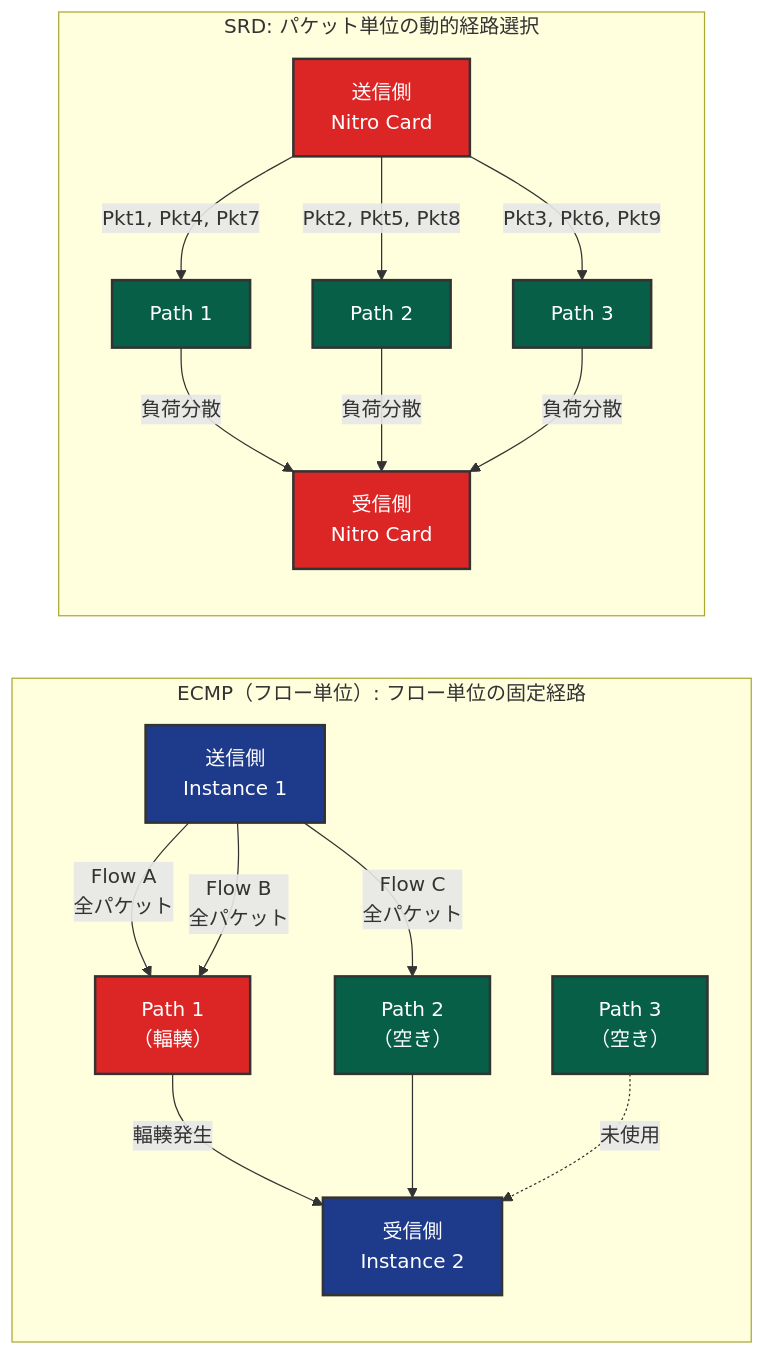
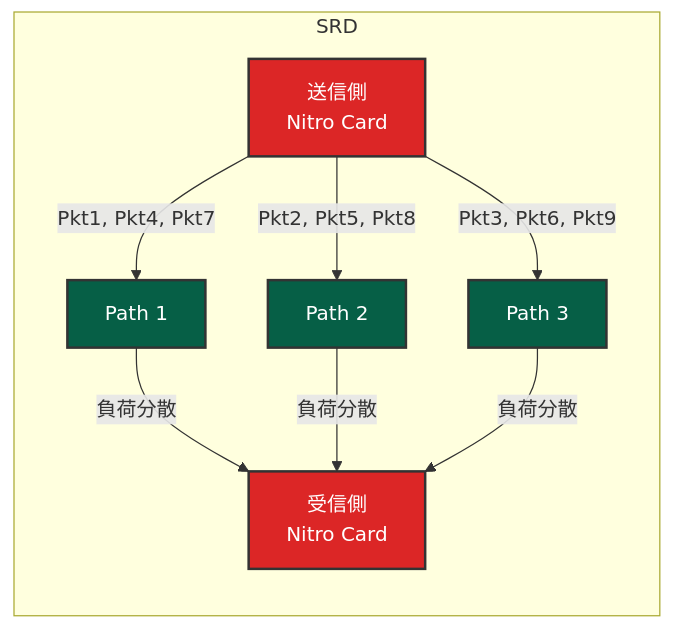
The third of 11 diagrams in articles/0eeb53ca63f8b2.md (littlemex/zenn), drawn with Mermaid before and after one commit. The commit also changed other lines of this file, not shown here.

````diff
--- a/articles/0eeb53ca63f8b2.md
+++ b/articles/0eeb53ca63f8b2.md
@@ -346,44 +359,23 @@
 ```mermaid
 graph LR
-    subgraph "ECMP（フロー単位）: フロー単位の固定経路"
-        E_SRC["送信側<br/>Instance 1"]
-        E_P1["Path 1<br/>（輻輳）"]
-        E_P2["Path 2<br/>（空き）"]
-        E_P3["Path 3<br/>（空き）"]
-        E_DST["受信側<br/>Instance 2"]
-
-        E_SRC -->|"Flow A<br/>全パケット"| E_P1
-        E_SRC -->|"Flow B<br/>全パケット"| E_P1
-        E_SRC -->|"Flow C<br/>全パケット"| E_P2
-        E_P1 -->|"輻輳発生"| E_DST
-        E_P2 --> E_DST
-        E_P3 -.->|"未使用"| E_DST
-
-        style E_SRC fill: #1e3a8a,stroke: #333,stroke-width:2px,color: #fff
-        style E_P1 fill: #dc2626,stroke: #333,stroke-width:2px,color: #fff
-        style E_P2 fill: #065f46,stroke: #333,stroke-width:2px,color: #fff
-        style E_P3 fill: #065f46,stroke: #333,stroke-width:2px,color: #fff
-        style E_DST fill: #1e3a8a,stroke: #333,stroke-width:2px,color: #fff
-    end
-
-    subgraph "SRD: パケット単位の動的経路選択"
+    subgraph "SRD"
         S_SRC["送信側<br/>Nitro Card"]
         S_P1["Path 1"]
         S_P2["Path 2"]
         S_P3["Path 3"]
         S_DST["受信側<br/>Nitro Card"]
 
         S_SRC -->|"Pkt1, Pkt4, Pkt7"| S_P1
         S_SRC -->|"Pkt2, Pkt5, Pkt8"| S_P2
         S_SRC -->|"Pkt3, Pkt6, Pkt9"| S_P3
         S_P1 -->|"負荷分散"| S_DST
         S_P2 -->|"負荷分散"| S_DST
         S_P3 -->|"負荷分散"| S_DST
 
         style S_SRC fill: #dc2626,stroke: #333,stroke-width:2px,color: #fff
         style S_P1 fill: #065f46,stroke: #333,stroke-width:2px,color: #fff
         style S_P2 fill: #065f46,stroke: #333,stroke-width:2px,color: #fff
         style S_P3 fill: #065f46,stroke: #333,stroke-width:2px,color: #fff
         style S_DST fill: #dc2626,stroke: #333,stroke-width:2px,color: #fff
     end
 ```
````
